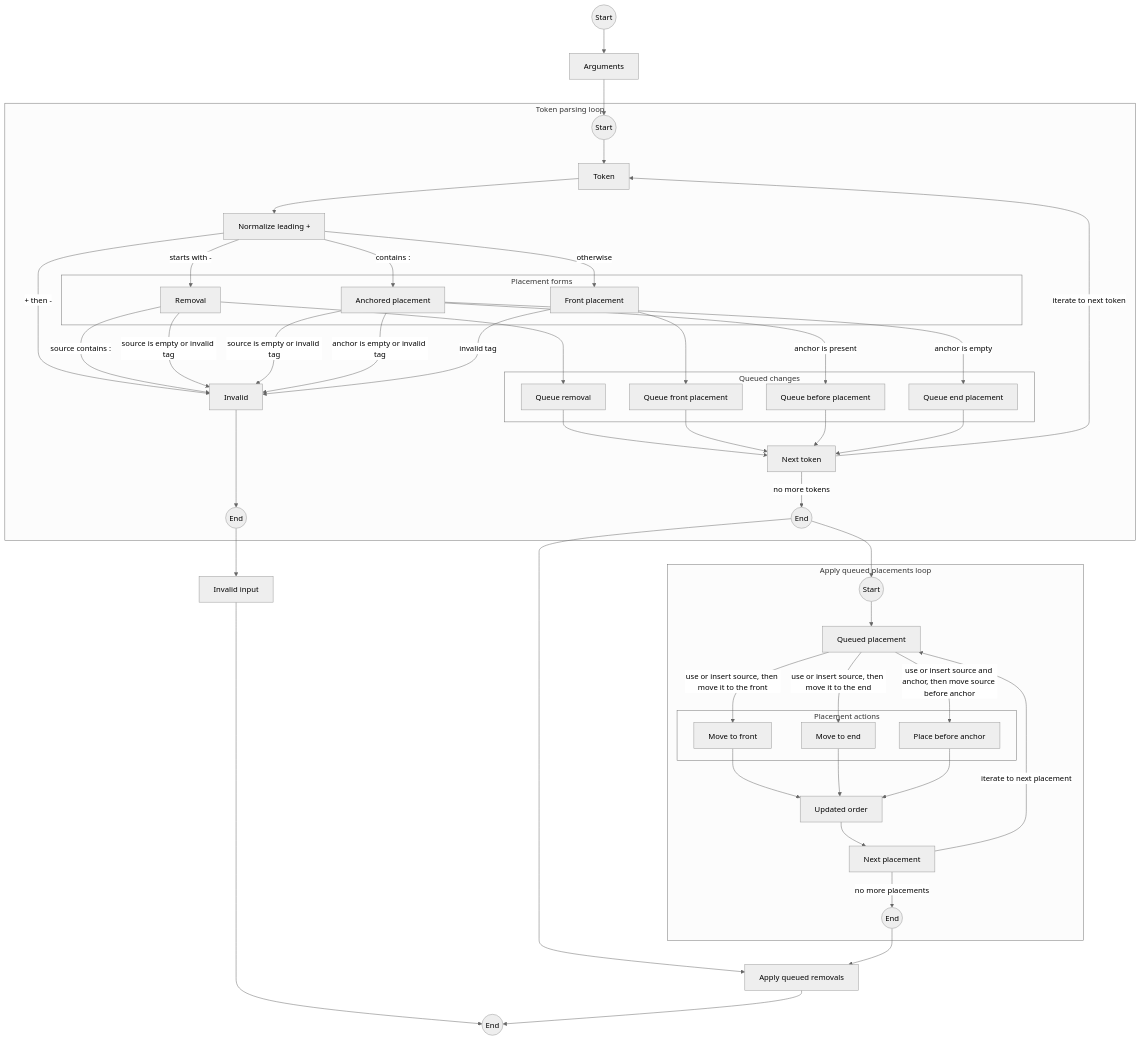
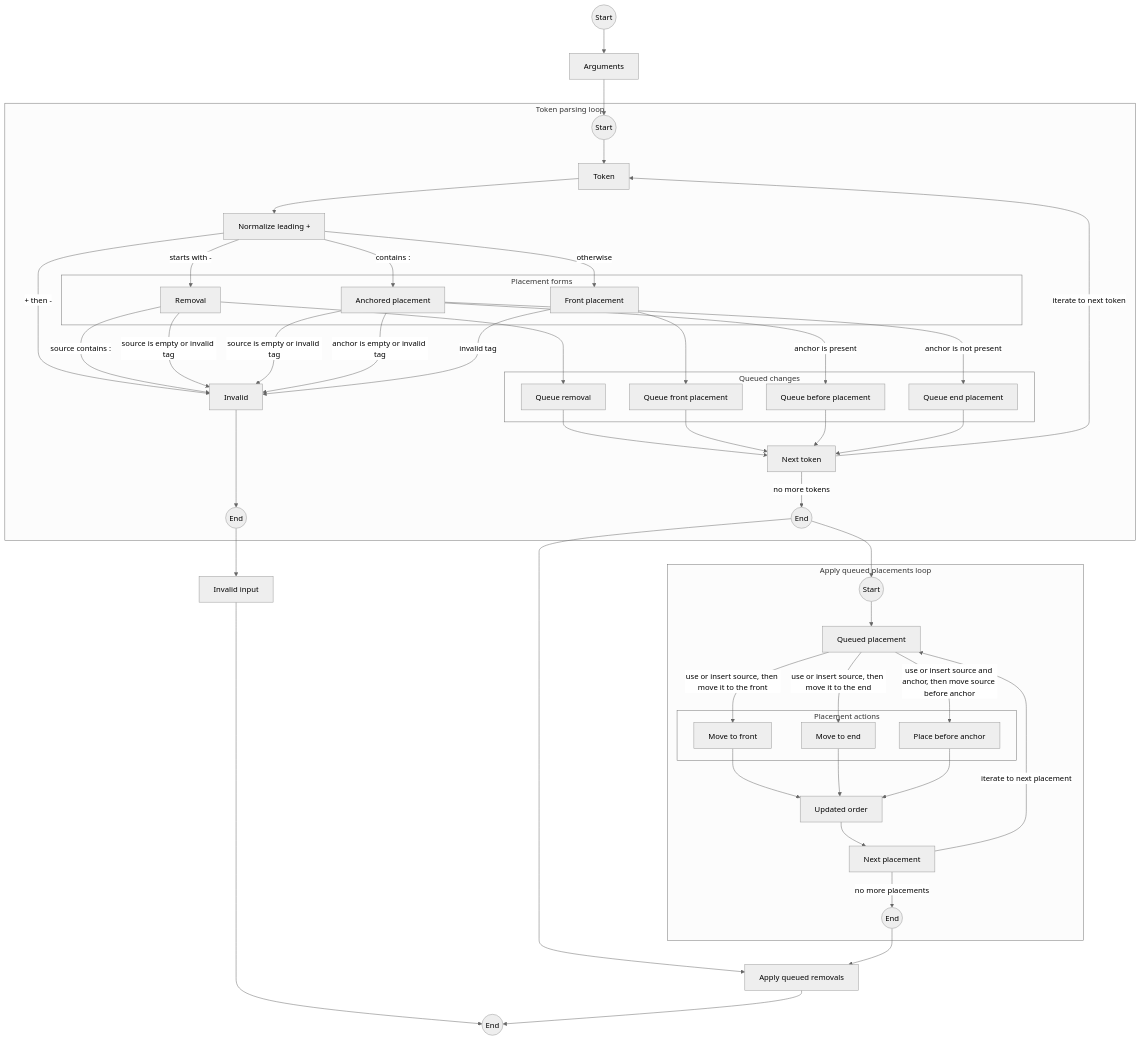
One commit to Glutexo/macos-language-manager changed the diagram in docs/macos-language-manager.md. Above: the diagram before and after it, drawn with Mermaid (neutral theme).

Commit message:
Use symmetric anchor presence labels

````diff
--- a/docs/macos-language-manager.md
+++ b/docs/macos-language-manager.md
@@ -228,80 +228,80 @@
 ```mermaid
 flowchart TD
     Start((Start)) --> Arguments[Arguments]
     Arguments --> TokenLoopStart
 
     subgraph TokenParsing["Token parsing loop"]
         TokenLoopStart((Start)) --> Token[Token]
         Token[Token] --> LeadingPlus[Normalize leading +]
 
         subgraph PlacementForms["Placement forms"]
             Removal[Removal]
             AnchoredPlacement[Anchored placement]
             FrontPlacement[Front placement]
         end
 
         subgraph QueuedChanges["Queued changes"]
             QueueRemoval[Queue removal]
             QueueFront[Queue front placement]
             QueueBefore[Queue before placement]
             QueueEnd[Queue end placement]
         end
 
         LeadingPlus -- + then - --> Invalid[Invalid]
         LeadingPlus -- starts with - --> Removal
         LeadingPlus -- contains : --> AnchoredPlacement
         LeadingPlus -- otherwise --> FrontPlacement
 
         Removal -- source contains : --> Invalid
         Removal -- source is empty or invalid tag --> Invalid
         Removal --> QueueRemoval
 
         AnchoredPlacement -- source is empty or invalid tag --> Invalid
         AnchoredPlacement -- anchor is empty or invalid tag --> Invalid
-        AnchoredPlacement -- anchor is empty --> QueueEnd
+        AnchoredPlacement -- anchor is not present --> QueueEnd
         AnchoredPlacement -- anchor is present --> QueueBefore
 
         FrontPlacement -- invalid tag --> Invalid
         FrontPlacement --> QueueFront
 
         QueueRemoval --> NextToken[Next token]
         QueueFront --> NextToken
         QueueBefore --> NextToken
         QueueEnd --> NextToken
 
         NextToken -- iterate to next token --> Token
         Invalid --> TokenLoopInvalidEnd((End))
         NextToken -- no more tokens --> TokenLoopDoneEnd((End))
     end
 
     TokenLoopInvalidEnd --> InvalidInput[Invalid input]
     InvalidInput --> End((End))
 
     TokenLoopDoneEnd --> PlacementLoopStart
     TokenLoopDoneEnd --> ApplyRemovals[Apply queued removals]
 
     subgraph PlacementLoop["Apply queued placements loop"]
         PlacementLoopStart((Start)) --> Placement[Queued placement]
 
         subgraph PlacementActions["Placement actions"]
             MoveToFront[Move to front]
             MoveToEnd[Move to end]
             PlaceBeforeAnchor[Place before anchor]
         end
 
         Placement -- use or insert source, then move it to the front --> MoveToFront
         Placement -- use or insert source, then move it to the end --> MoveToEnd
         Placement -- use or insert source and anchor, then move source before anchor --> PlaceBeforeAnchor
 
         MoveToFront --> UpdatedOrder[Updated order]
         MoveToEnd --> UpdatedOrder
         PlaceBeforeAnchor --> UpdatedOrder
 
         UpdatedOrder --> NextPlacement[Next placement]
         NextPlacement -- iterate to next placement --> Placement
         NextPlacement -- no more placements --> PlacementLoopEnd((End))
     end
 
     PlacementLoopEnd --> ApplyRemovals
     ApplyRemovals --> End
 ```
````
